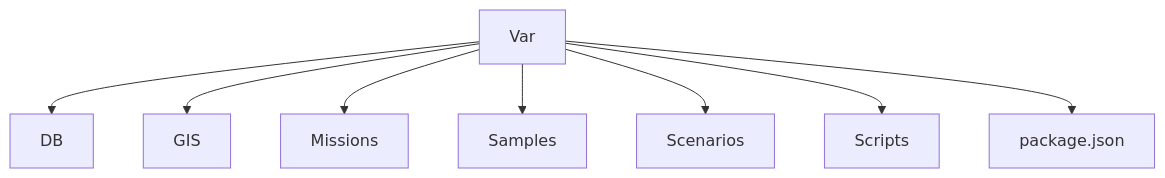
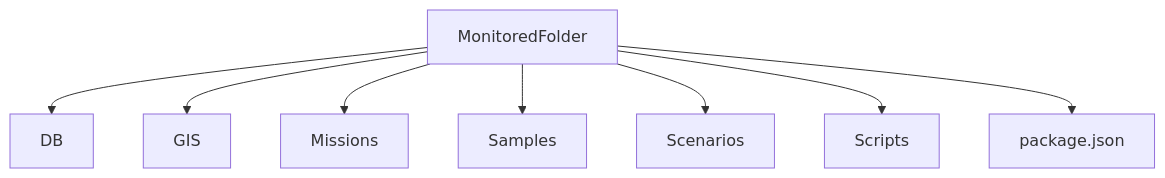
Before and after one commit to MaslasBros/modding: the first of 2 diagrams in README.md, drawn with Mermaid. The commit also changed other lines of this file, not shown here.

````diff
--- a/README.md
+++ b/README.md
@@ -11,10 +11,10 @@
 ```mermaid 
 flowchart TB
-    Var --> DB
-    Var --> GIS
-    Var --> Missions
-    Var --> Samples
-    Var --> Scenarios 
-    Var --> Scripts
-    Var --> package.json
+    MonitoredFolder --> DB
+    MonitoredFolder --> GIS
+    MonitoredFolder --> Missions
+    MonitoredFolder --> Samples
+    MonitoredFolder --> Scenarios 
+    MonitoredFolder --> Scripts
+    MonitoredFolder --> package.json
 ```
````
